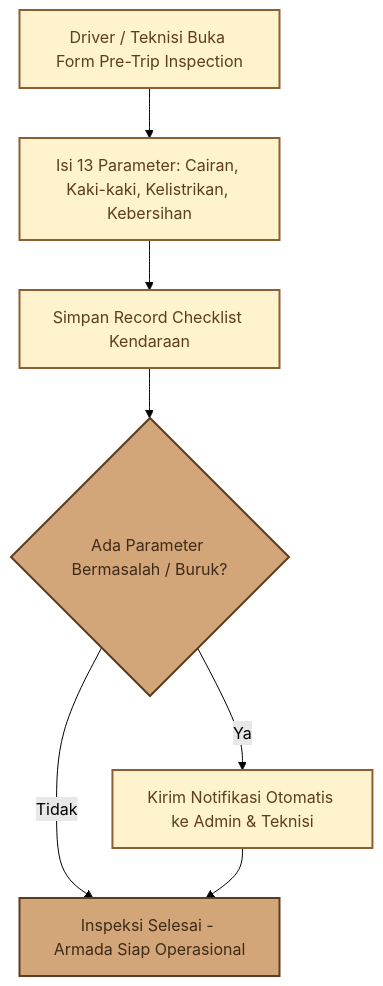
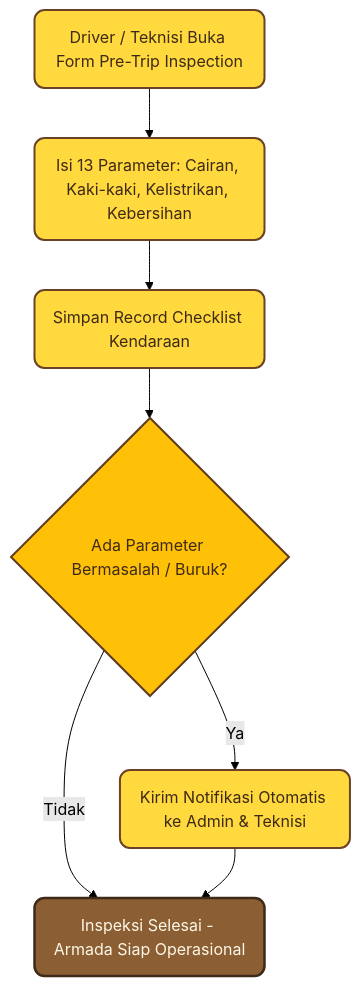
One commit to nazwasalsabila181718-droid/manajemen_perawatan changed the fifth of 13 diagrams in docs/DOKUMENTASI_MODULE_SISTEM.md. Above: the diagram before and after it, drawn with Mermaid (forest theme). The commit also changed other lines of this file, not shown here.

Commit message:
style: modernisasi diagram mermaid dengan tema kuning cerah rounded

````diff
--- a/docs/DOKUMENTASI_MODULE_SISTEM.md
+++ b/docs/DOKUMENTASI_MODULE_SISTEM.md
@@ -142,15 +150,17 @@
 ```mermaid
 flowchart TD
-    classDef default fill:#FFF3CD,stroke:#8B5E34,stroke-width:2px,color:#5C3D1F;
-    classDef highlight fill:#D2A679,stroke:#5C3D1F,stroke-width:2px,color:#3E2A17;
-
-    A[Driver / Teknisi Buka Form Pre-Trip Inspection] --> B[Isi 13 Parameter: Cairan, Kaki-kaki, Kelistrikan, Kebersihan]
-    B --> C[Simpan Record Checklist Kendaraan]
+    A(Driver / Teknisi Buka Form Pre-Trip Inspection) --> B(Isi 13 Parameter: Cairan, Kaki-kaki, Kelistrikan, Kebersihan)
+    B --> C(Simpan Record Checklist Kendaraan)
     C --> D{Ada Parameter Bermasalah / Buruk?}
-    D -- Ya --> E[Kirim Notifikasi Otomatis ke Admin & Teknisi]
-    D -- Tidak --> F[Inspeksi Selesai - Armada Siap Operasional]
+    D -- Ya --> E(Kirim Notifikasi Otomatis ke Admin & Teknisi)
+    D -- Tidak --> F(Inspeksi Selesai - Armada Siap Operasional)
     E --> F
 
+    classDef default fill:#FFD93D,stroke:#6B4226,stroke-width:2px,color:#3E2A17,rx:10,ry:10;
+    classDef highlight fill:#8B5E34,stroke:#3E2A17,stroke-width:2.5px,color:#FFF8E7,rx:10,ry:10;
+    classDef decision fill:#FFC107,stroke:#5C3D1F,stroke-width:2px,color:#3E2A17;
+
     class A,B,C,E default;
-    class D,F highlight;
+    class F highlight;
+    class D decision;
 ```
````
